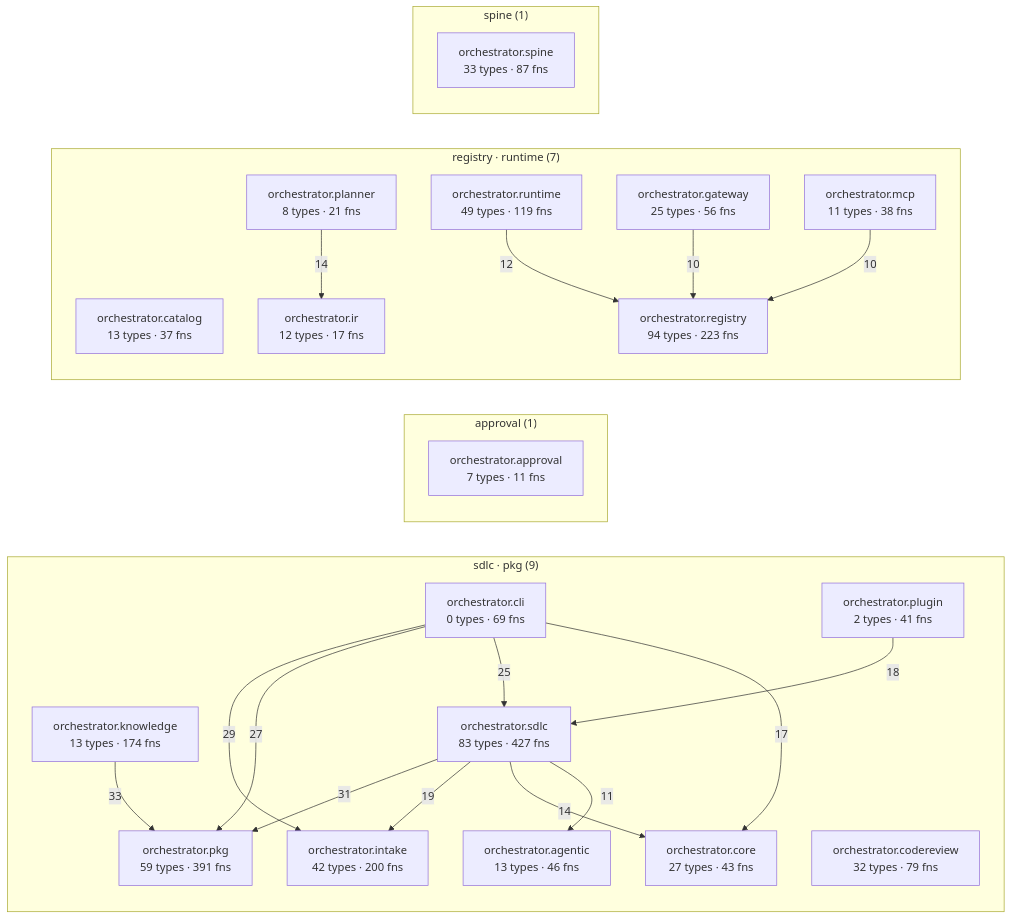
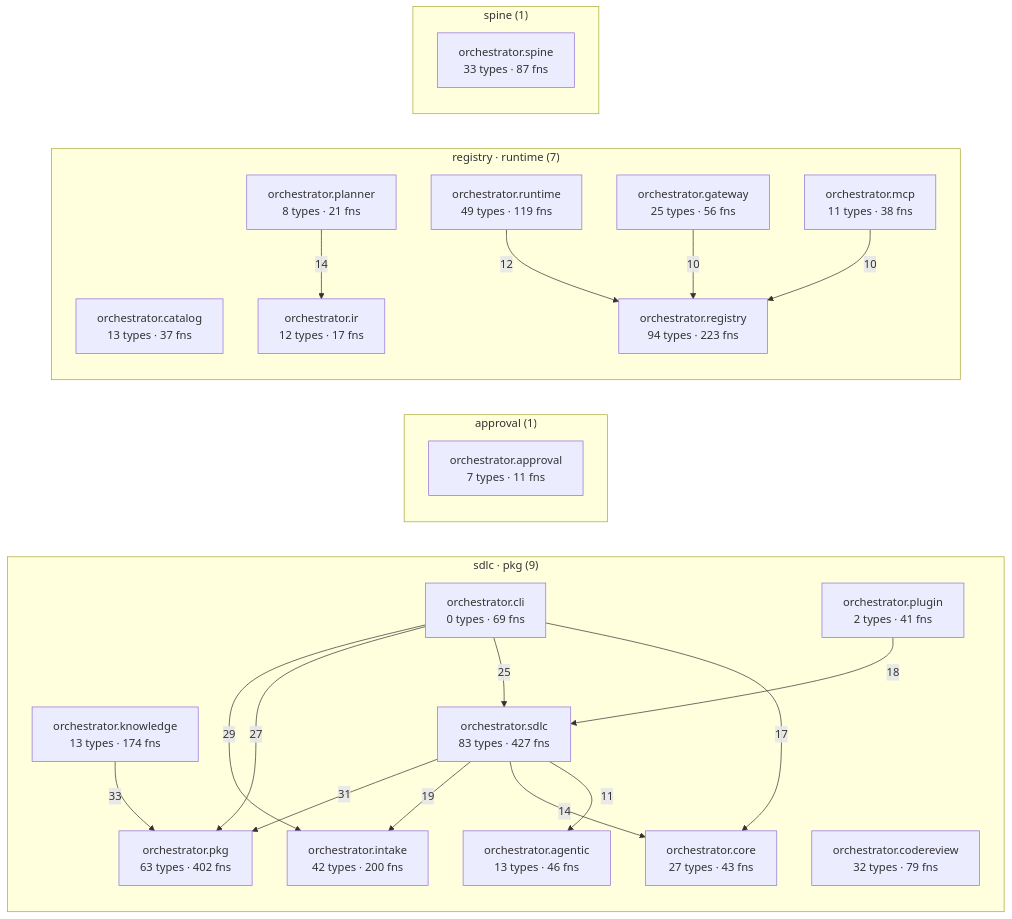
One commit to synaptixs/spine changed the diagram in episteme/architecture.md. Above: the diagram before and after it, drawn with Mermaid. The commit also changed other lines of this file and 32 other files, not shown here.

````diff
--- a/episteme/architecture.md
+++ b/episteme/architecture.md
@@ -54,43 +54,43 @@
 ```mermaid
 flowchart LR
   subgraph c_1["sdlc · pkg (9)"]
     aorchestratoragentic["orchestrator.agentic<br/>13 types · 46 fns"]
     aorchestratorcli["orchestrator.cli<br/>0 types · 69 fns"]
     aorchestratorcodereview["orchestrator.codereview<br/>32 types · 79 fns"]
     aorchestratorcore["orchestrator.core<br/>27 types · 43 fns"]
     aorchestratorintake["orchestrator.intake<br/>42 types · 200 fns"]
     aorchestratorknowledge["orchestrator.knowledge<br/>13 types · 174 fns"]
-    aorchestratorpkg["orchestrator.pkg<br/>59 types · 391 fns"]
+    aorchestratorpkg["orchestrator.pkg<br/>63 types · 402 fns"]
     aorchestratorplugin["orchestrator.plugin<br/>2 types · 41 fns"]
     aorchestratorsdlc["orchestrator.sdlc<br/>83 types · 427 fns"]
   end
   subgraph c_2["approval (1)"]
     aorchestratorapproval["orchestrator.approval<br/>7 types · 11 fns"]
   end
   subgraph c_3["registry · runtime (7)"]
     aorchestratorcatalog["orchestrator.catalog<br/>13 types · 37 fns"]
     aorchestratorgateway["orchestrator.gateway<br/>25 types · 56 fns"]
     aorchestratorir["orchestrator.ir<br/>12 types · 17 fns"]
     aorchestratormcp["orchestrator.mcp<br/>11 types · 38 fns"]
     aorchestratorplanner["orchestrator.planner<br/>8 types · 21 fns"]
     aorchestratorregistry["orchestrator.registry<br/>94 types · 223 fns"]
     aorchestratorruntime["orchestrator.runtime<br/>49 types · 119 fns"]
   end
   subgraph c_10["spine (1)"]
     aorchestratorspine["orchestrator.spine<br/>33 types · 87 fns"]
   end
   aorchestratorknowledge -->|33| aorchestratorpkg
   aorchestratorsdlc -->|31| aorchestratorpkg
   aorchestratorcli -->|29| aorchestratorintake
   aorchestratorcli -->|27| aorchestratorpkg
   aorchestratorcli -->|25| aorchestratorsdlc
   aorchestratorsdlc -->|19| aorchestratorintake
   aorchestratorplugin -->|18| aorchestratorsdlc
   aorchestratorcli -->|17| aorchestratorcore
   aorchestratorplanner -->|14| aorchestratorir
   aorchestratorsdlc -->|14| aorchestratorcore
   aorchestratorruntime -->|12| aorchestratorregistry
   aorchestratorsdlc -->|11| aorchestratoragentic
   aorchestratorgateway -->|10| aorchestratorregistry
   aorchestratormcp -->|10| aorchestratorregistry
 ```
````
